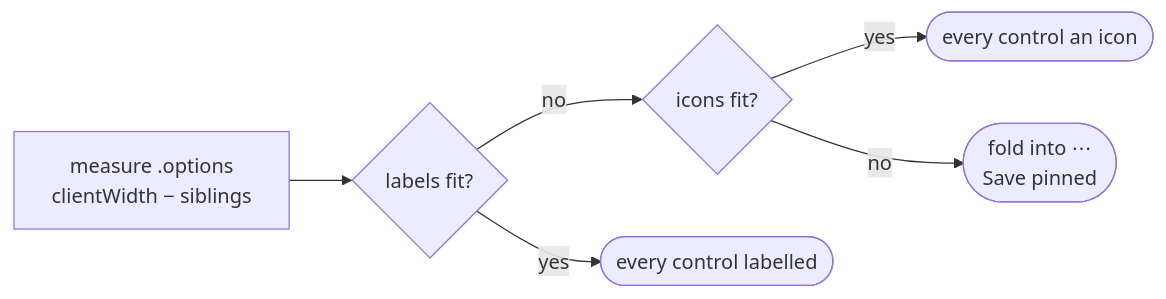
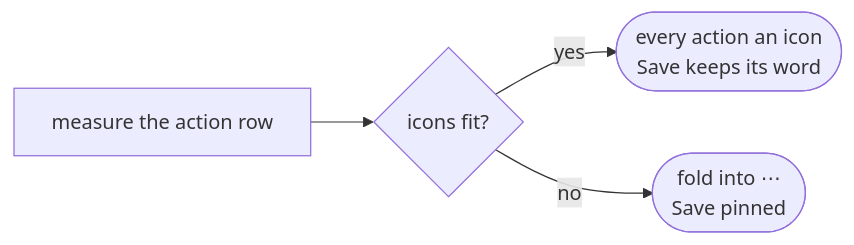
The tenth of 12 diagrams in docs/roadmap.md (mindaugaskasp/diff-bro), drawn with Mermaid before and after one commit. The commit also changed other lines of this file and 72 other files, not shown here.

First line of the commit message:
docs(redesign): screenshots, features and roadmap; validate the whole of #144 (#158)

````diff
--- a/docs/roadmap.md
+++ b/docs/roadmap.md
@@ -397,14 +397,10 @@
 ```mermaid
 flowchart LR
-  m["measure .options<br>clientWidth − siblings"]
-  a{"labels fit?"}
+  m["measure the action row"]
   b{"icons fit?"}
-  lab(["every control labelled"])
-  ico(["every control an icon"])
+  ico(["every action an icon<br>Save keeps its word"])
   fold(["fold into ⋯<br>Save pinned"])
-  m --> a
-  a -->|yes| lab
-  a -->|no| b
+  m --> b
   b -->|yes| ico
   b -->|no| fold
 ```
````
